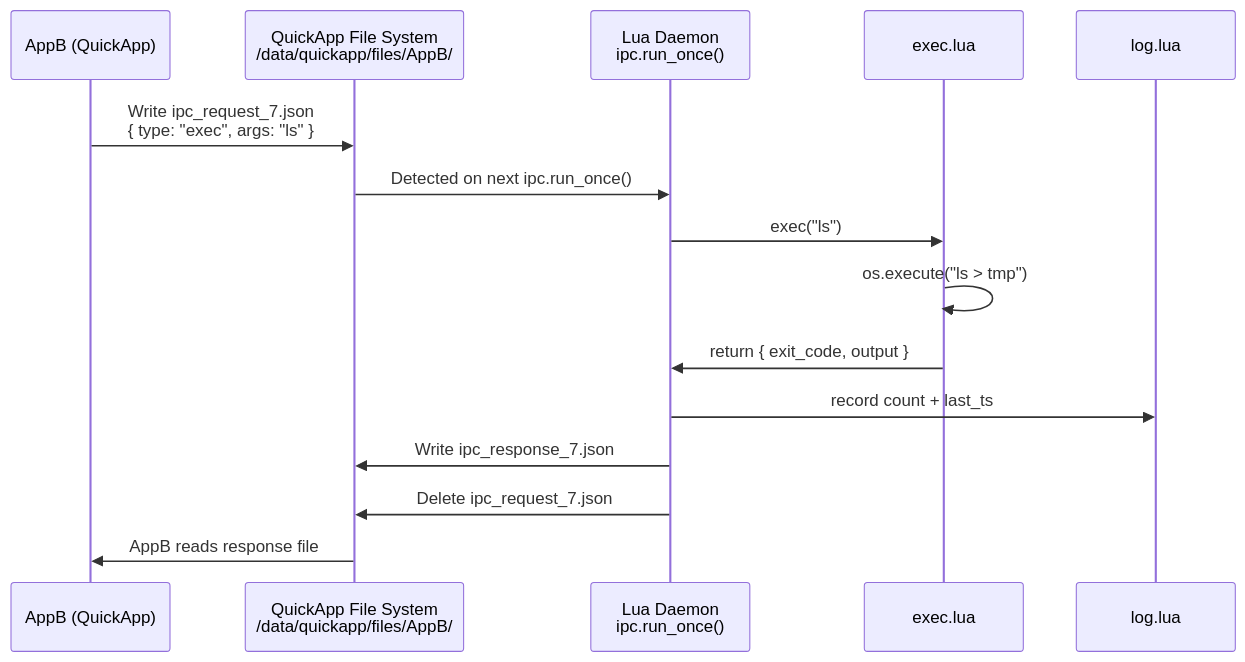
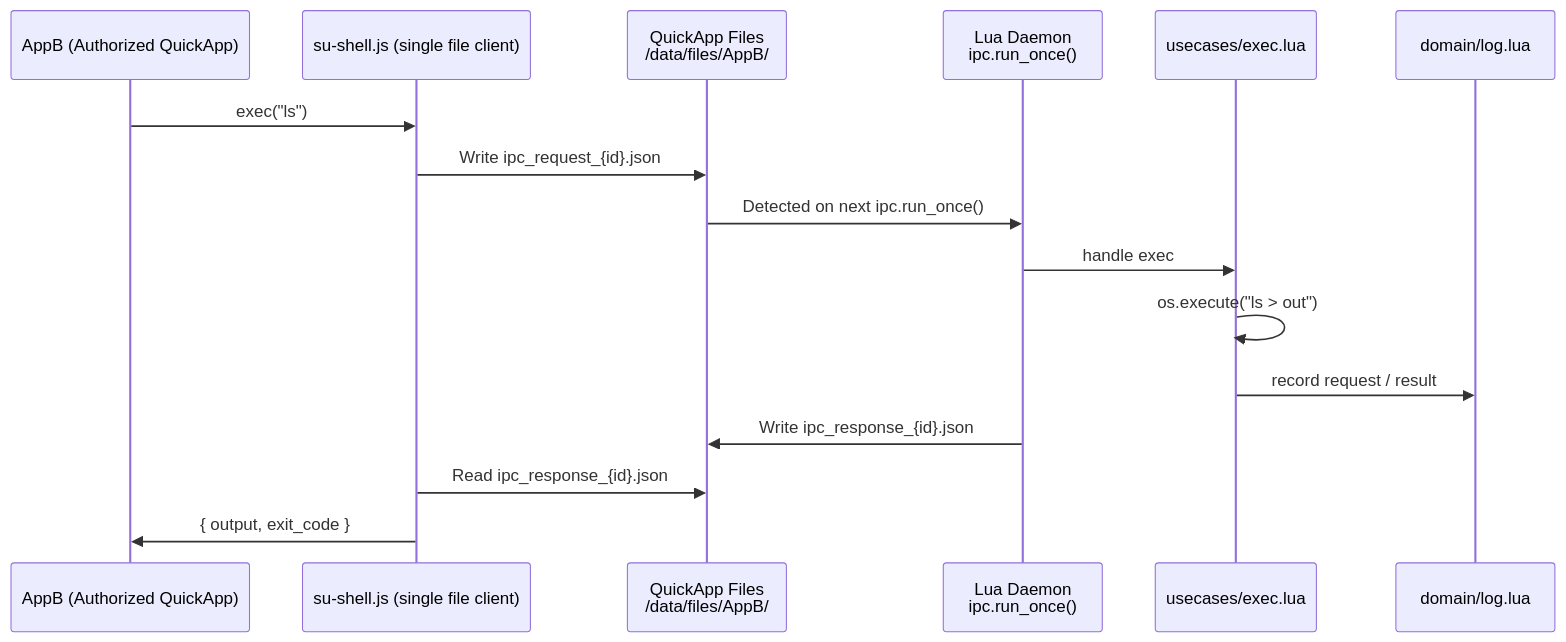
The first of 3 diagrams in README.md (FangAiden/Vela-Shell-Bridge), drawn with Mermaid before and after one commit. The commit also changed other lines of this file and 122 other files, not shown here.

````diff
--- a/README.md
+++ b/README.md
@@ -32,18 +38,19 @@
 ```mermaid
 sequenceDiagram
-  participant B as AppB (QuickApp)
-  participant FS as QuickApp File System<br/>/data/quickapp/files/AppB/
+  participant B as AppB (Authorized QuickApp)
+  participant JS as su-shell.js (single file client)
+  participant FS as QuickApp Files<br/>/data/files/AppB/
   participant L as Lua Daemon<br/>ipc.run_once()
-  participant EX as exec.lua
-  participant LOG as log.lua
+  participant EX as usecases/exec.lua
+  participant LOG as domain/log.lua
 
-  B->>FS: Write ipc_request_7.json<br/>{ type: "exec", args: "ls" }
+  B->>JS: exec("ls")
+  JS->>FS: Write ipc_request_{id}.json
   FS->>L: Detected on next ipc.run_once()
-  L->>EX: exec("ls")
-  EX->>EX: os.execute("ls > tmp")
-  EX->>L: return { exit_code, output }
-  L->>LOG: record count + last_ts
-  L->>FS: Write ipc_response_7.json
-  L->>FS: Delete ipc_request_7.json
-  FS->>B: AppB reads response file
+  L->>EX: handle exec
+  EX->>EX: os.execute("ls > out")
+  EX->>LOG: record request / result
+  L->>FS: Write ipc_response_{id}.json
+  JS->>FS: Read ipc_response_{id}.json
+  JS->>B: { output, exit_code }
 ```
````
